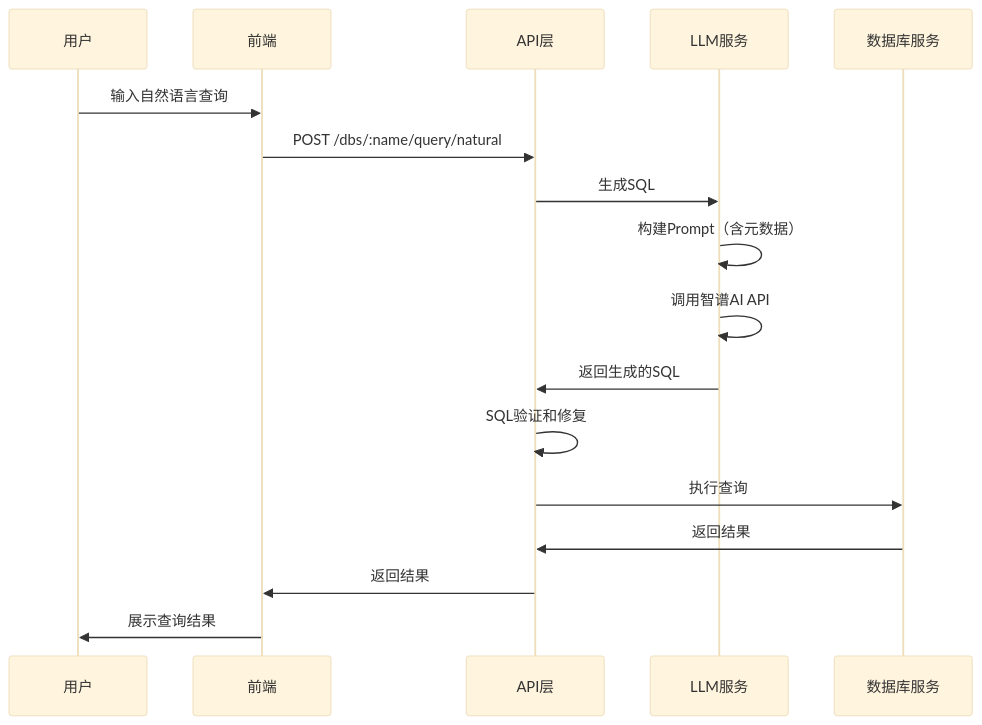
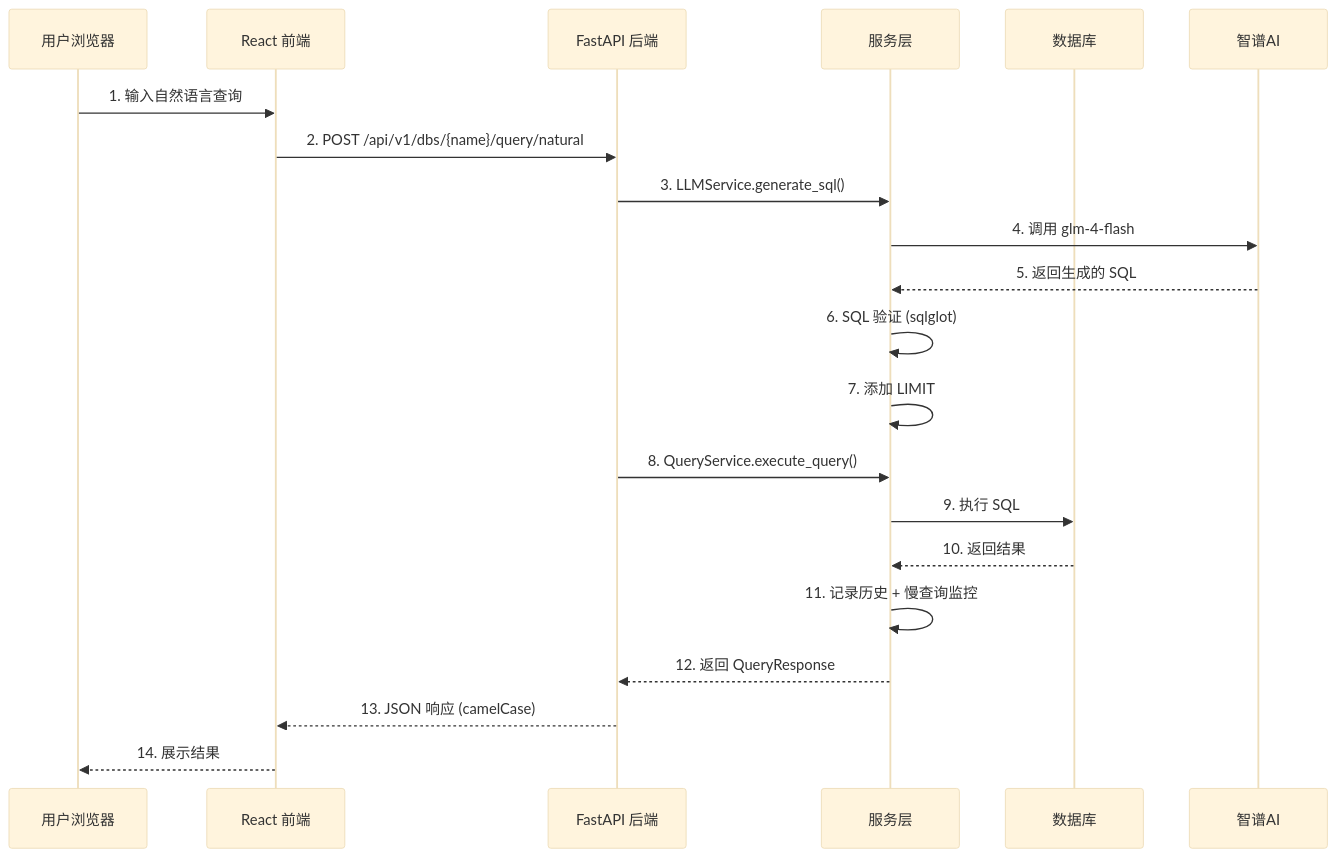
One commit to kangapp/AI changed the fifth of 13 diagrams in project/db_query/README.md. Above: the diagram before and after it, drawn with Mermaid (base theme). The commit also changed other lines of this file and 1 other file, not shown here.

````diff
--- a/project/db_query/README.md
+++ b/project/db_query/README.md
@@ -300,20 +298,24 @@
 ```mermaid
 sequenceDiagram
-    participant User as 用户
-    participant Frontend as 前端
-    participant API as API层
-    participant LLM as LLM服务
-    participant DB as 数据库服务
+    participant U as 用户浏览器
+    participant F as React 前端
+    participant A as FastAPI 后端
+    participant S as 服务层
+    participant D as 数据库
+    participant L as 智谱AI
 
-    User->>Frontend: 输入自然语言查询
-    Frontend->>API: POST /dbs/:name/query/natural
-    API->>LLM: 生成SQL
-    LLM->>LLM: 构建Prompt（含元数据）
-    LLM->>LLM: 调用智谱AI API
-    LLM->>API: 返回生成的SQL
-    API->>API: SQL验证和修复
-    API->>DB: 执行查询
-    DB->>API: 返回结果
-    API->>Frontend: 返回结果
-    Frontend->>User: 展示查询结果
+    U->>F: 1. 输入自然语言查询
+    F->>A: 2. POST /api/v1/dbs/{name}/query/natural
+    A->>S: 3. LLMService.generate_sql()
+    S->>L: 4. 调用 glm-4-flash
+    L-->>S: 5. 返回生成的 SQL
+    S->>S: 6. SQL 验证 (sqlglot)
+    S->>S: 7. 添加 LIMIT
+    A->>S: 8. QueryService.execute_query()
+    S->>D: 9. 执行 SQL
+    D-->>S: 10. 返回结果
+    S->>S: 11. 记录历史 + 慢查询监控
+    S-->>A: 12. 返回 QueryResponse
+    A-->>F: 13. JSON 响应 (camelCase)
+    F-->>U: 14. 展示结果
 ```
````
